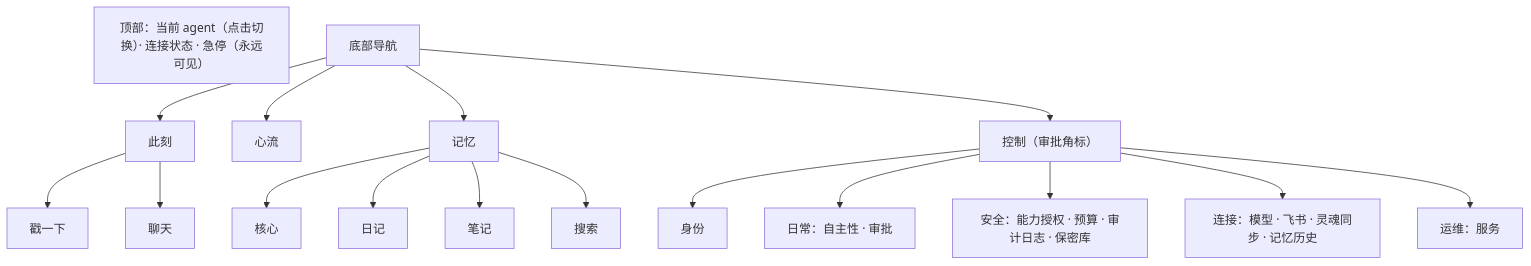
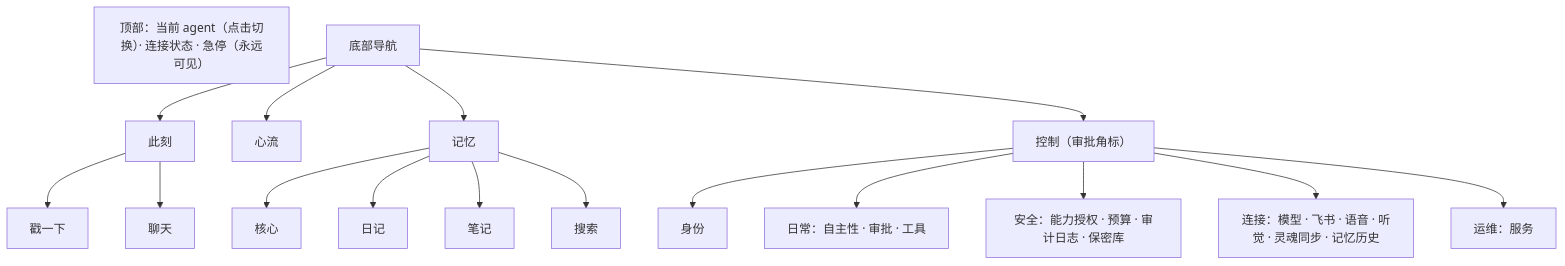
One commit to Causally-XYZ/Project.Quetzal changed the second of 2 diagrams in console/docs/ARCHITECTURE.md. Above: the diagram before and after it, drawn with Mermaid. The commit also changed other lines of this file and 13 other files, not shown here.

````diff
--- a/console/docs/ARCHITECTURE.md
+++ b/console/docs/ARCHITECTURE.md
@@ -48,12 +51,12 @@
 ```mermaid
 flowchart TB
   TOP["顶部：当前 agent（点击切换）· 连接状态 · 急停（永远可见）"]
   NAV["底部导航"] --> A[此刻] & B[心流] & C[记忆] & D["控制（审批角标）"]
   A --> A1[戳一下] & A2[聊天]
   C --> C1[核心] & C2[日记] & C3[笔记] & C4[搜索]
   D --> D0["身份"]
-  D --> D1["日常：自主性 · 审批"]
+  D --> D1["日常：自主性 · 审批 · 工具"]
   D --> D2["安全：能力授权 · 预算 · 审计日志 · 保密库"]
-  D --> D3["连接：模型 · 飞书 · 灵魂同步 · 记忆历史"]
+  D --> D3["连接：模型 · 飞书 · 语音 · 听觉 · 灵魂同步 · 记忆历史"]
   D --> D4["运维：服务"]
 ```
````
